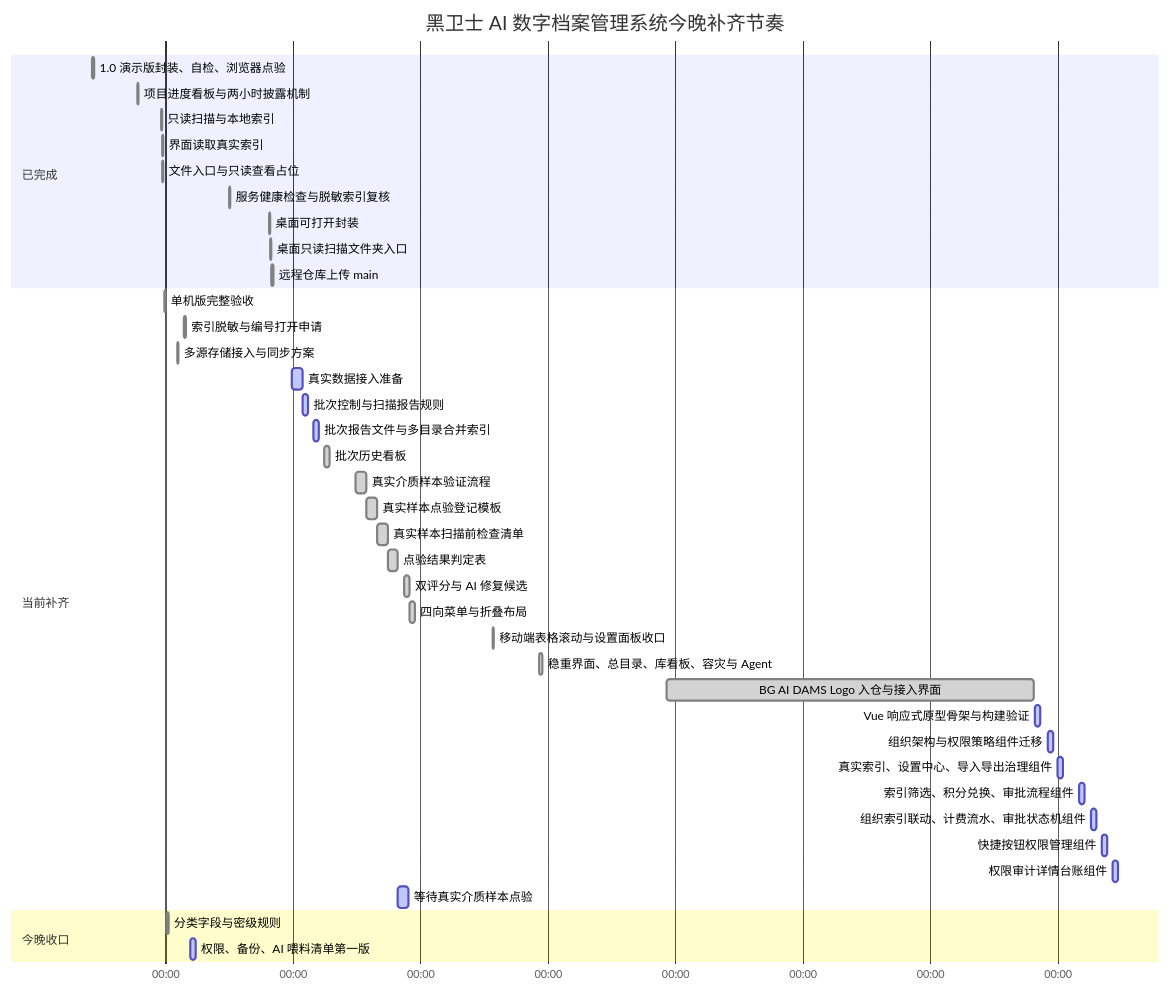
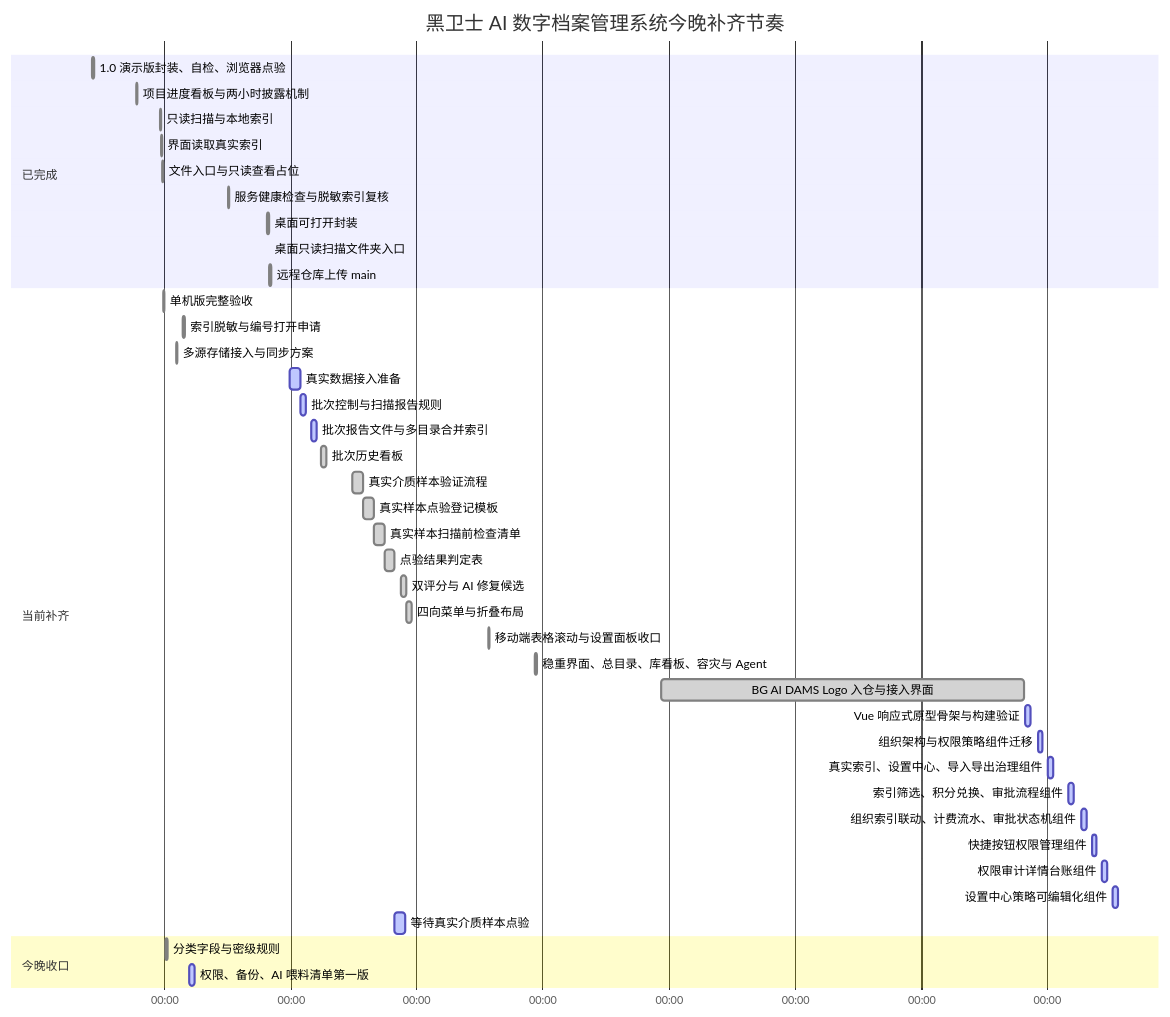
Before and after one commit to okalexhohongkong/Alex-Code-Repository: the diagram in 项目进度看板.md, drawn with Mermaid. The commit also changed other lines of this file and 11 other files, not shown here.

````diff
--- a/项目进度看板.md
+++ b/项目进度看板.md
@@ -25,47 +26,48 @@
 ```mermaid
 gantt
   title 黑卫士 AI 数字档案管理系统今晚补齐节奏
   dateFormat  YYYY-MM-DD HH:mm
   axisFormat  %H:%M
 
   section 已完成
   1.0 演示版封装、自检、浏览器点验        :done, demo-1, 2026-06-21 20:30, 1h
   项目进度看板与两小时披露机制             :done, demo-2, 2026-06-22 13:30, 25m
   只读扫描与本地索引                      :done, local-2, 2026-06-22 22:30, 25m
   界面读取真实索引                        :done, local-3, 2026-06-22 22:55, 20m
   文件入口与只读查看占位                   :done, local-4, 2026-06-22 23:05, 25m
   服务健康检查与脱敏索引复核                :done, local-health, 2026-06-24 00:10, 20m
   桌面可打开封装                           :done, desktop-1, 2026-06-24 15:10, 35m
   桌面只读扫描文件夹入口                    :done, desktop-2, 2026-06-24 15:43, 20m
   远程仓库上传 main                         :done, remote-1, 2026-06-24 16:00, 45m
 
   section 当前补齐
   单机版完整验收                          :done, local-5, 2026-06-22 23:35, 35m
   索引脱敏与编号打开申请                   :done, local-6, 2026-06-23 07:10, 35m
   多源存储接入与同步方案                   :done, storage-1, 2026-06-23 04:30, 35m
   真实数据接入准备                         :active, intake-1, 2026-06-24 23:42, 4h
   批次控制与扫描报告规则                   :active, intake-2, 2026-06-25 03:44, 2h
   批次报告文件与多目录合并索引              :active, intake-3, 2026-06-25 07:47, 2h
   批次历史看板                            :done, intake-4, 2026-06-25 11:50, 2h
   真实介质样本验证流程                    :done, intake-5, 2026-06-25 23:45, 4h
   真实样本点验登记模板                    :done, intake-6, 2026-06-26 03:46, 4h
   真实样本扫描前检查清单                  :done, intake-7, 2026-06-26 07:46, 4h
   点验结果判定表                          :done, intake-8, 2026-06-26 11:46, 4h
   双评分与 AI 修复候选                    :done, ui-score-1, 2026-06-26 18:00, 2h
   四向菜单与折叠布局                      :done, ui-menu-1, 2026-06-26 20:00, 2h
   移动端表格滚动与设置面板收口              :done, ui-mobile-1, 2026-06-28 03:20, 35m
   稳重界面、总目录、库看板、容灾与 Agent     :done, ui-search-1, 2026-06-28 21:00, 1h
   BG AI DAMS Logo 入仓与接入界面              :done, brand-1, 2026-06-30 21:00, 2026-07-06 15:10
   Vue 响应式原型骨架与构建验证                  :active, vue-1, 2026-07-06 15:40, 2h
   组织架构与权限策略组件迁移                    :active, vue-2, 2026-07-06 20:20, 2h
   真实索引、设置中心、导入导出治理组件             :active, vue-3, 2026-07-07 00:20, 2h
   索引筛选、积分兑换、审批流程组件                 :active, vue-4, 2026-07-07 08:10, 2h
   组织索引联动、计费流水、审批状态机组件             :active, vue-5, 2026-07-07 12:50, 2h
   快捷按钮权限管理组件                            :active, vue-6, 2026-07-07 16:55, 2h
   权限审计详情台账组件                            :active, vue-7, 2026-07-07 20:55, 2h
+  设置中心策略可编辑化组件                          :active, vue-8, 2026-07-08 00:56, 2h
   等待真实介质样本点验                    :active, intake-9, 2026-06-26 15:46, 4h
 
   section 今晚收口
   分类字段与密级规则                       :done, class-1, 2026-06-23 00:30, 45m
   权限、备份、AI 喂料清单第一版             :active, class-2, 2026-06-23 09:30, 2h
 ```
````
